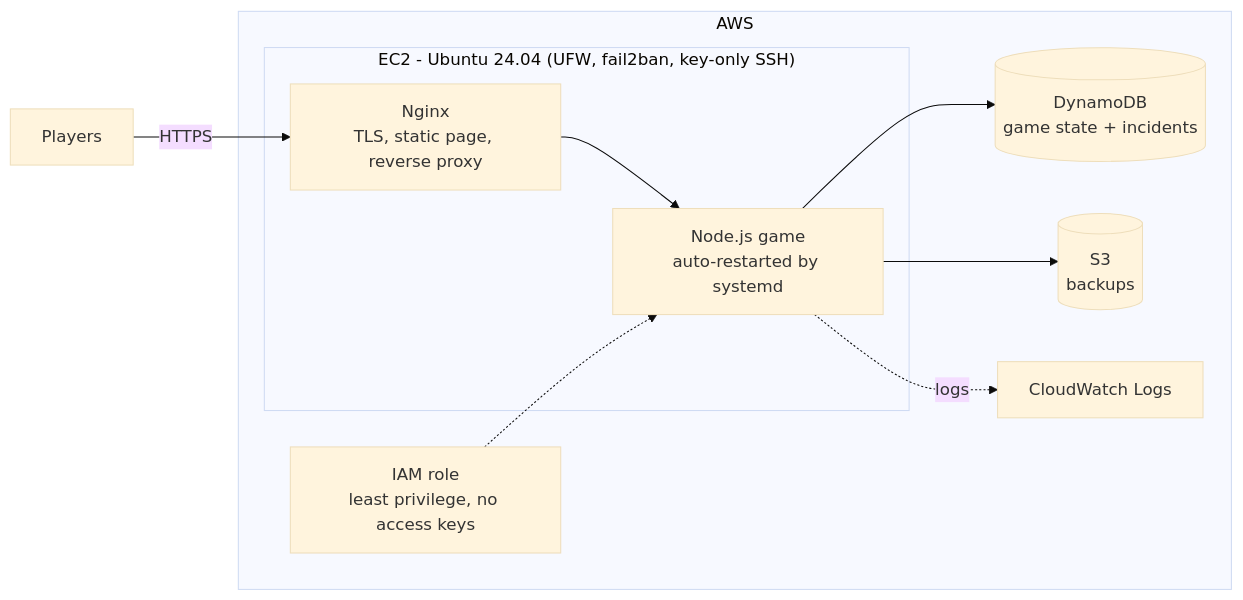
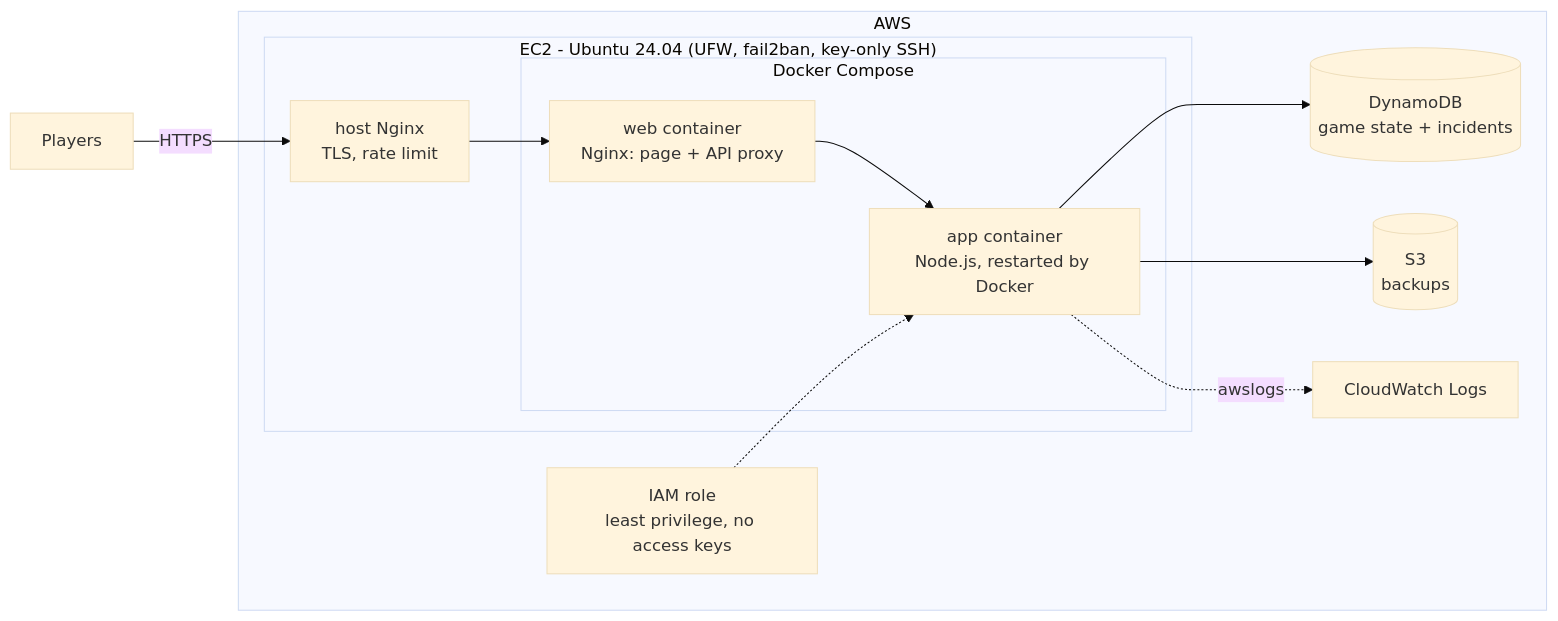
The diagram in README.md (l3n8n-ocd/chaos-arena), drawn with Mermaid (base theme) before and after one commit. The commit also changed other lines of this file and 26 other files, not shown here.

````diff
--- a/README.md
+++ b/README.md
@@ -12,13 +12,16 @@
 ```mermaid
 flowchart LR
-    P["Players"] -- "HTTPS" --> N
+    P["Players"] -- "HTTPS" --> H
     subgraph AWS["AWS"]
         subgraph EC2["EC2 - Ubuntu 24.04 (UFW, fail2ban, key-only SSH)"]
-            N["Nginx<br/>TLS, static page, reverse proxy"] --> A["Node.js game<br/>auto-restarted by systemd"]
+            H["host Nginx<br/>TLS, rate limit"] --> W
+            subgraph DK["Docker Compose"]
+                W["web container<br/>Nginx: page + API proxy"] --> A["app container<br/>Node.js, restarted by Docker"]
+            end
         end
         A --> D[("DynamoDB<br/>game state + incidents")]
         A --> S[("S3<br/>backups")]
-        A -. "logs" .-> CW["CloudWatch Logs"]
+        A -. "awslogs" .-> CW["CloudWatch Logs"]
         R["IAM role<br/>least privilege, no access keys"] -.-> A
     end
 ```
````
